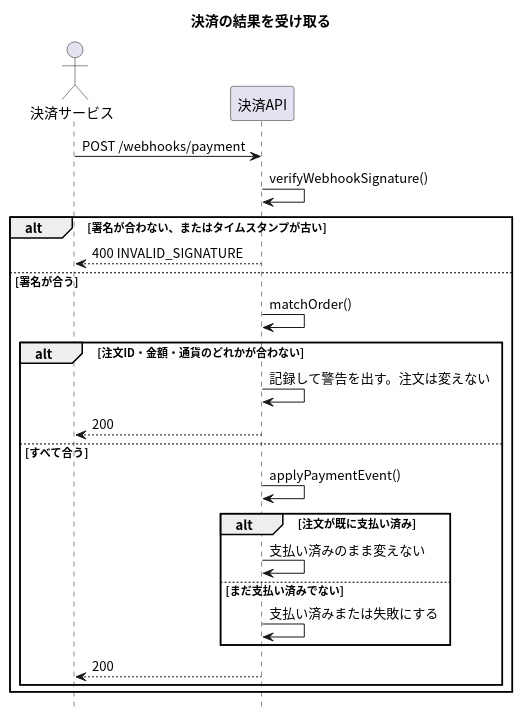
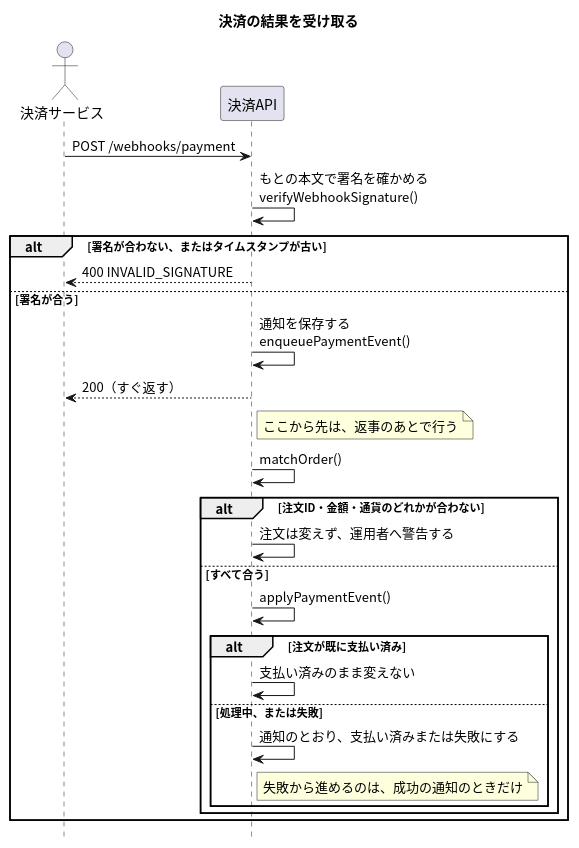
The diagram in apis/payment-webhook/入口.puml (masamasamasato/design-doc-template), drawn with PlantUML before and after one commit. The commit also changed 108 other files, not shown here.

```diff
--- a/apis/payment-webhook/入口.puml
+++ b/apis/payment-webhook/入口.puml
@@ -1,31 +1,33 @@
 @startuml
 skinparam shadowing false
 skinparam defaultFontName "Noto Sans CJK JP"
 skinparam SequenceFontName "Noto Sans CJK JP"
 hide footbox
 
 title 決済の結果を受け取る
 
 actor "決済サービス" as PSP
 participant "決済API" as API
 
 PSP -> API : POST /webhooks/payment
-API -> API : verifyWebhookSignature()
+API -> API : もとの本文で署名を確かめる\nverifyWebhookSignature()
 alt 署名が合わない、またはタイムスタンプが古い
   API --> PSP : 400 INVALID_SIGNATURE
 else 署名が合う
+  API -> API : 通知を保存する\nenqueuePaymentEvent()
+  API --> PSP : 200（すぐ返す）
+  note right of API : ここから先は、返事のあとで行う
   API -> API : matchOrder()
   alt 注文ID・金額・通貨のどれかが合わない
-    API -> API : 記録して警告を出す。注文は変えない
-    API --> PSP : 200
+    API -> API : 注文は変えず、運用者へ警告する
   else すべて合う
     API -> API : applyPaymentEvent()
     alt 注文が既に支払い済み
       API -> API : 支払い済みのまま変えない
-    else まだ支払い済みでない
-      API -> API : 支払い済みまたは失敗にする
+    else 処理中、または失敗
+      API -> API : 通知のとおり、支払い済みまたは失敗にする
+      note right of API : 失敗から進めるのは、成功の通知のときだけ
     end
-    API --> PSP : 200
   end
 end
 @enduml
```
